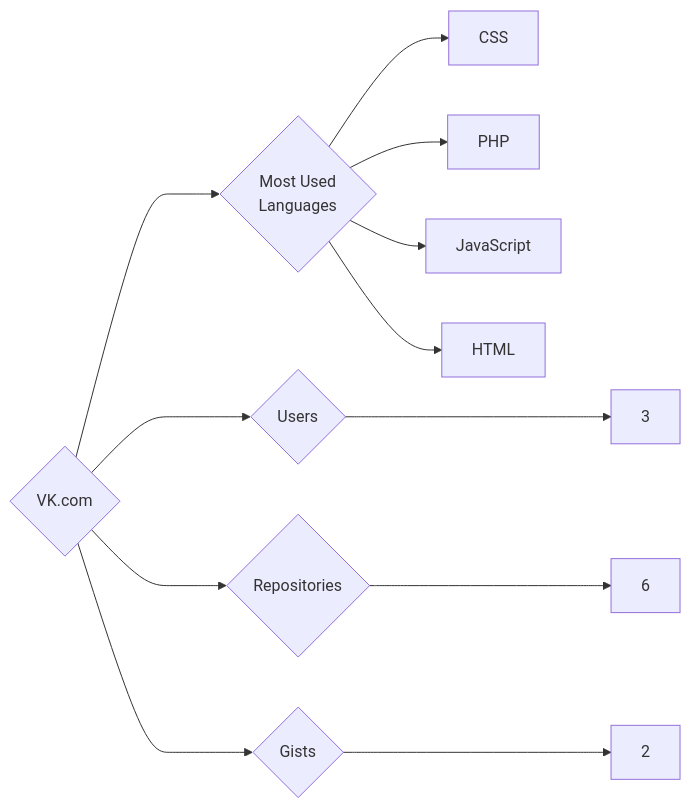
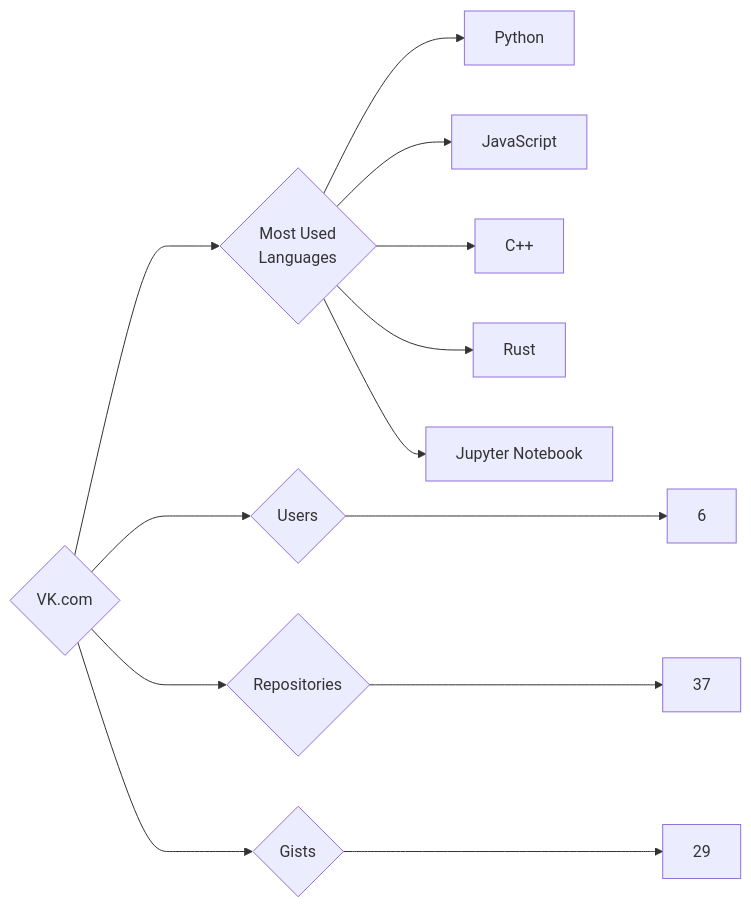
One commit to trickest/insiders changed the diagram in targets/VK.com/README.md. Above: the diagram before and after it, drawn with Mermaid. The commit also changed 953 other files, not shown here.

````diff
--- a/targets/VK.com/README.md
+++ b/targets/VK.com/README.md
@@ -3,12 +3,13 @@
 ```mermaid
 graph LR
 COMPANY_NAME{VK.com}
-COMPANY_NAME ---> U{Users} ---> UN[3]
-COMPANY_NAME ---> R{Repositories} ---> RN[6]
-COMPANY_NAME ---> G{Gists} ---> GN[2]
+COMPANY_NAME ---> U{Users} ---> UN[6]
+COMPANY_NAME ---> R{Repositories} ---> RN[37]
+COMPANY_NAME ---> G{Gists} ---> GN[29]
 COMPANY_NAME ---> ML{Most Used<br>Languages}
-ML --> CSS[CSS]
-ML --> PHP[PHP]
+ML --> Python[Python]
 ML --> JavaScript[JavaScript]
-ML --> HTML[HTML]
+ML --> C++[C++]
+ML --> Rust[Rust]
+ML --> Jupyter_Notebook[Jupyter Notebook]
 ```
````
